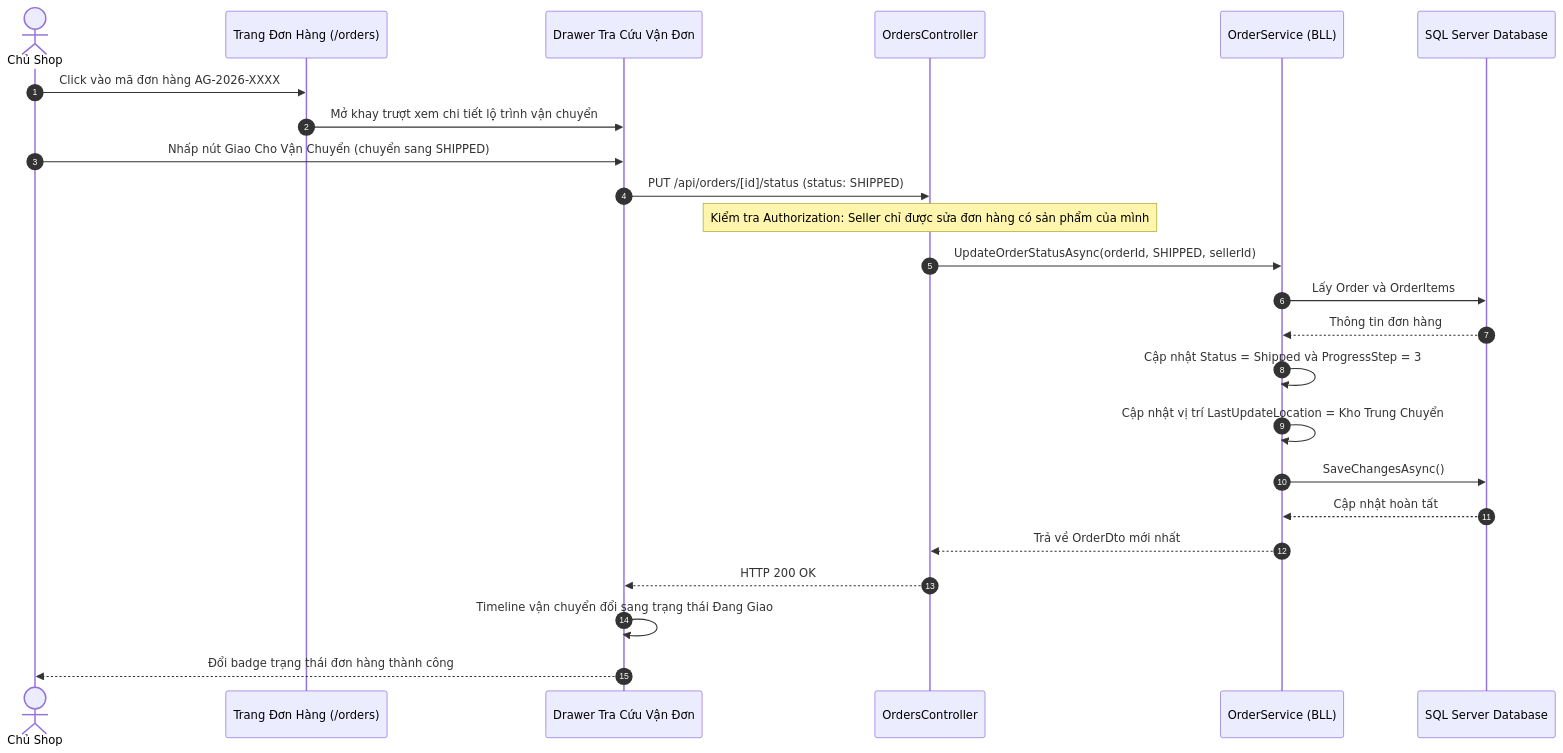
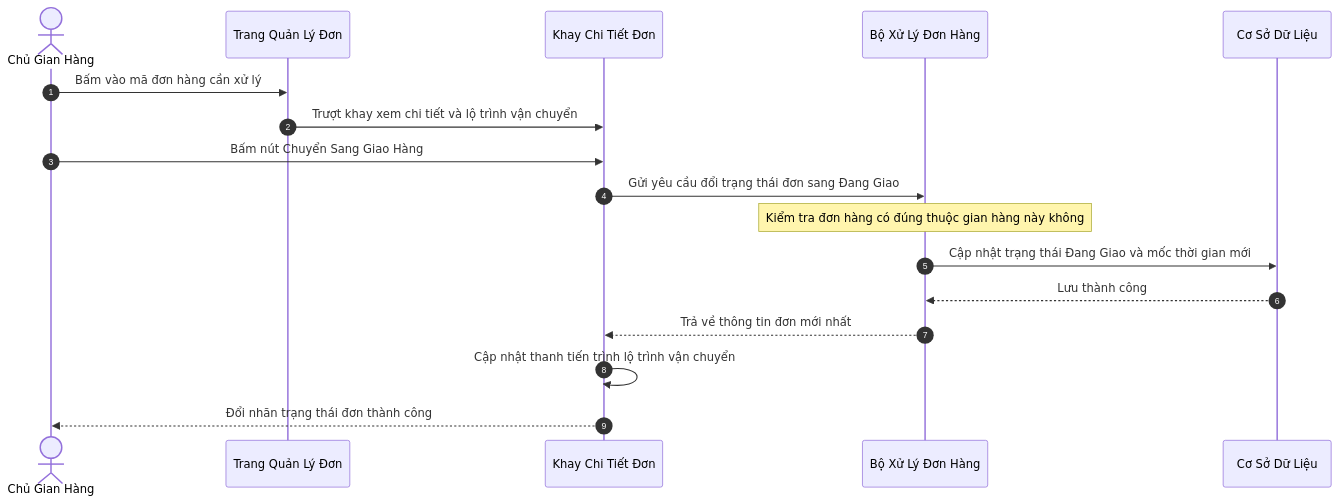
Diagram 14 of 16 in BAO_CAO_THIET_KE_HE_THONG.md (longthan12334/He-thong-thuong-mai-ien-tu-tich-hop-AI), drawn with Mermaid before and after one commit. The commit also changed other lines of this file and 24 other files, not shown here.

````diff
--- a/BAO_CAO_THIET_KE_HE_THONG.md
+++ b/BAO_CAO_THIET_KE_HE_THONG.md
@@ -636,30 +618,22 @@
 ```mermaid
 sequenceDiagram
     autonumber
-    actor Seller as Chủ Shop
-    participant OrdersUI as Trang Đơn Hàng (/orders)
-    participant Drawer as Drawer Tra Cứu Vận Đơn
-    participant OrderAPI as OrdersController
-    participant OrderService as OrderService (BLL)
-    participant DB as SQL Server Database
+    actor Seller as Chủ Gian Hàng
+    participant OrdersUI as Trang Quản Lý Đơn
+    participant Drawer as Khay Chi Tiết Đơn
+    participant OrderService as Bộ Xử Lý Đơn Hàng
+    participant DB as Cơ Sở Dữ Liệu
 
-    Seller->>OrdersUI: Click vào mã đơn hàng AG-2026-XXXX
-    OrdersUI->>Drawer: Mở khay trượt xem chi tiết lộ trình vận chuyển
-    Seller->>Drawer: Nhấp nút Giao Cho Vận Chuyển (chuyển sang SHIPPED)
-    Drawer->>OrderAPI: PUT /api/orders/[id]/status (status: SHIPPED)
+    Seller->>OrdersUI: Bấm vào mã đơn hàng cần xử lý
+    OrdersUI->>Drawer: Trượt khay xem chi tiết và lộ trình vận chuyển
+    Seller->>Drawer: Bấm nút Chuyển Sang Giao Hàng
+    Drawer->>OrderService: Gửi yêu cầu đổi trạng thái đơn sang Đang Giao
     
-    note over OrderAPI: Kiểm tra Authorization: Seller chỉ được sửa đơn hàng có sản phẩm của mình
-    OrderAPI->>OrderService: UpdateOrderStatusAsync(orderId, SHIPPED, sellerId)
-    OrderService->>DB: Lấy Order và OrderItems
-    DB-->>OrderService: Thông tin đơn hàng
+    note over OrderService: Kiểm tra đơn hàng có đúng thuộc gian hàng này không
+    OrderService->>DB: Cập nhật trạng thái Đang Giao và mốc thời gian mới
+    DB-->>OrderService: Lưu thành công
     
-    OrderService->>OrderService: Cập nhật Status = Shipped và ProgressStep = 3
-    OrderService->>OrderService: Cập nhật vị trí LastUpdateLocation = Kho Trung Chuyển
-    OrderService->>DB: SaveChangesAsync()
-    DB-->>OrderService: Cập nhật hoàn tất
-    
-    OrderService-->>OrderAPI: Trả về OrderDto mới nhất
-    OrderAPI-->>Drawer: HTTP 200 OK
-    Drawer->>Drawer: Timeline vận chuyển đổi sang trạng thái Đang Giao
-    Drawer-->>Seller: Đổi badge trạng thái đơn hàng thành công
+    OrderService-->>Drawer: Trả về thông tin đơn mới nhất
+    Drawer->>Drawer: Cập nhật thanh tiến trình lộ trình vận chuyển
+    Drawer-->>Seller: Đổi nhãn trạng thái đơn thành công
 ```
````
